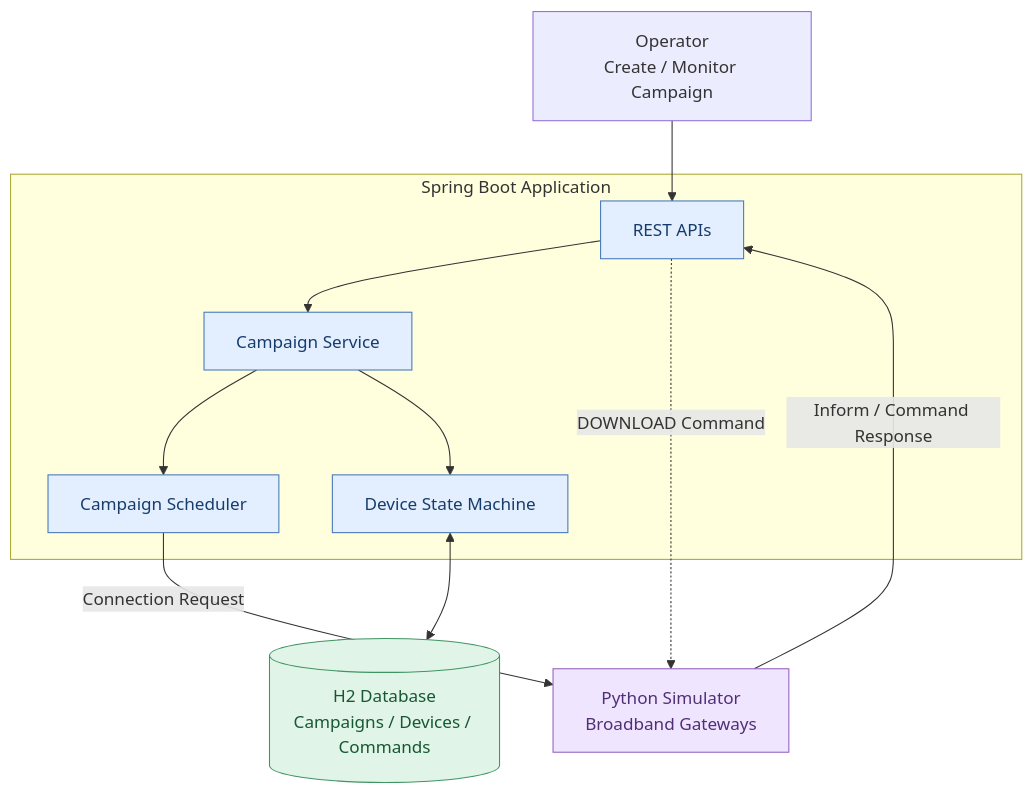
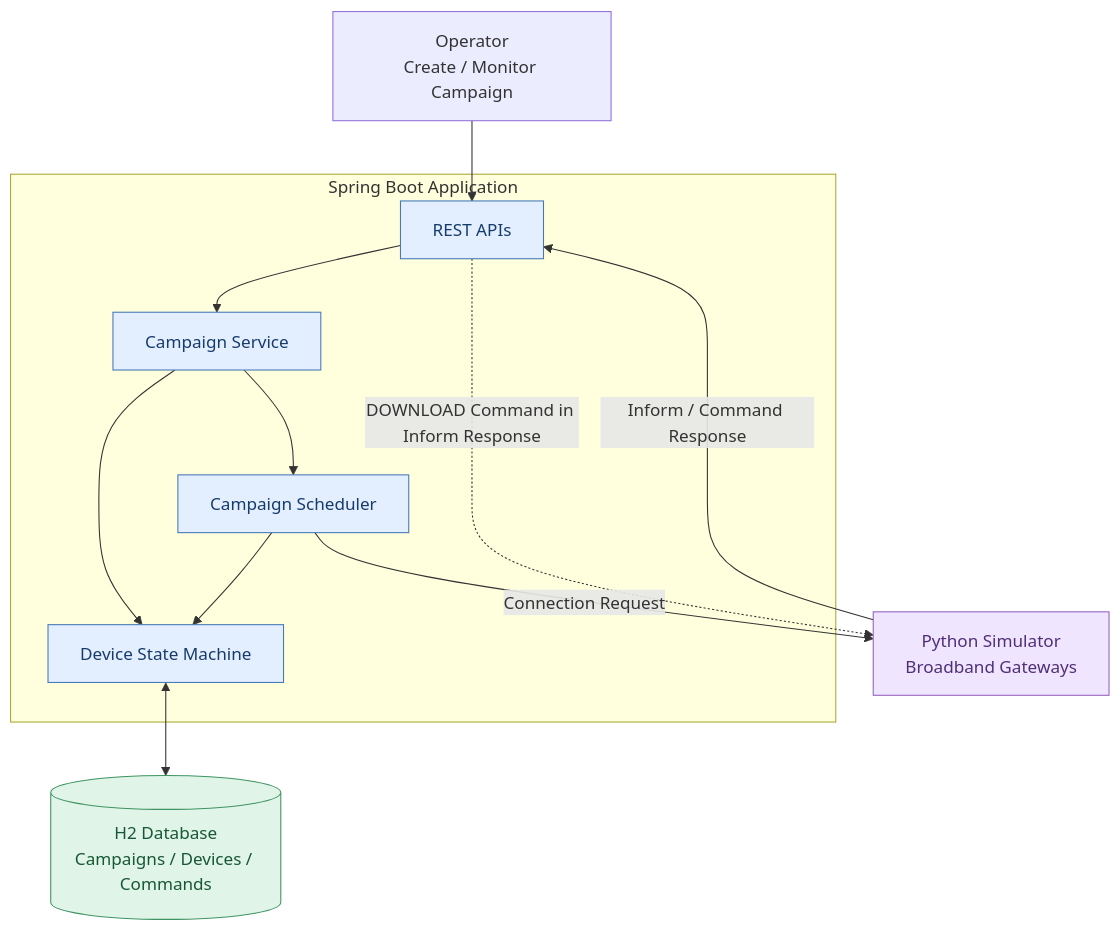
Before and after one commit to suneelagrawal/device-simulator: the first of 3 diagrams in README.md, drawn with Mermaid. The commit also changed other lines of this file and 10 other files, not shown here.

````diff
--- a/README.md
+++ b/README.md
@@ -27,32 +29,33 @@
 ```mermaid
 flowchart TB
     O["Operator<br/>Create / Monitor Campaign"]
 
     subgraph APP["Spring Boot Application"]
         API["REST APIs"]
         CS["Campaign Service"]
         SCH["Campaign Scheduler"]
         SM["Device State Machine"]
 
         API --> CS
         CS --> SCH
         CS --> SM
+        SCH --> SM
     end
 
     DB[("H2 Database<br/>Campaigns / Devices / Commands")]
     SIM["Python Simulator<br/>Broadband Gateways"]
 
     O --> API
     SM <--> DB
     SCH -->|"Connection Request"| SIM
     SIM -->|"Inform / Command Response"| API
-    API -.->|"DOWNLOAD Command"| SIM
+    API -.->|"DOWNLOAD Command in Inform Response"| SIM
 
     classDef app fill:#E3EFFF,stroke:#4678B8,color:#173C6C
     classDef storage fill:#E0F4E7,stroke:#3F9463,color:#175834
     classDef simulator fill:#F0E5FF,stroke:#9462BF,color:#512F77
 
     class API,CS,SCH,SM app
     class DB storage
     class SIM simulator
 ```
````
